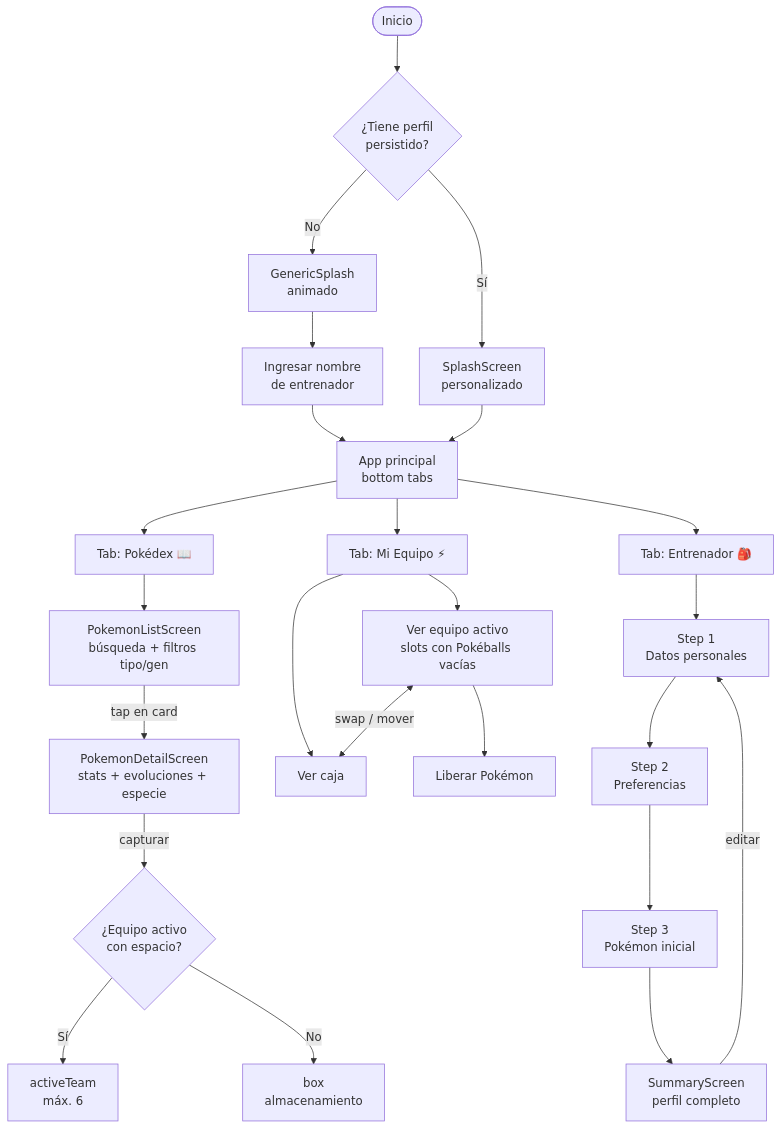
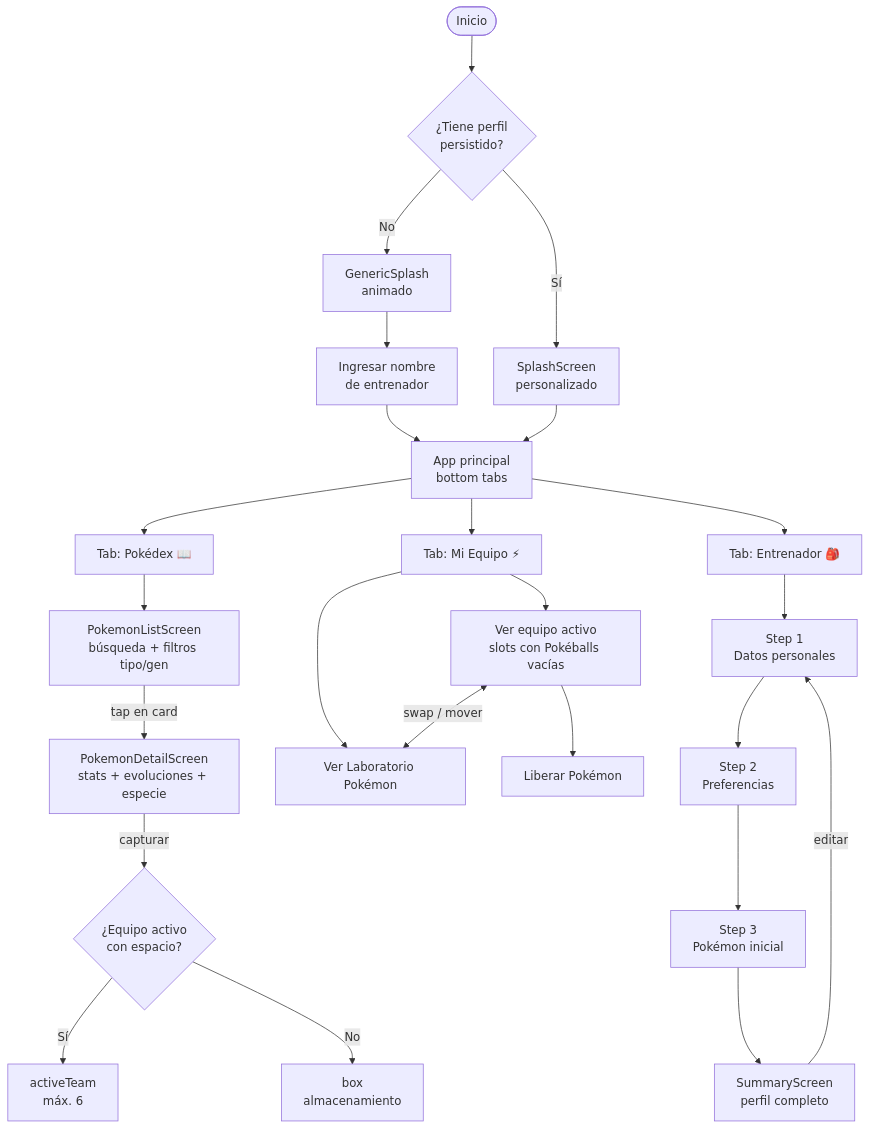
The diagram in README.md (anyirodriguezu/pokedex-app), drawn with Mermaid before and after one commit. The commit also changed other lines of this file and 2 other files, not shown here.

````diff
--- a/README.md
+++ b/README.md
@@ -71,30 +71,30 @@
 ```mermaid
 flowchart TD
     A([Inicio]) --> B{¿Tiene perfil\npersistido?}
     B -- No --> C[GenericSplash\nanimado]
     C --> D[Ingresar nombre\nde entrenador]
     D --> E
     B -- Sí --> F[SplashScreen\npersonalizado]
     F --> E[App principal\nbottom tabs]
 
     E --> G[Tab: Pokédex 📖]
     E --> H[Tab: Mi Equipo ⚡]
     E --> I[Tab: Entrenador 🎒]
 
     G --> G1[PokemonListScreen\nbúsqueda + filtros tipo/gen]
     G1 -->|tap en card| G2[PokemonDetailScreen\nstats + evoluciones + especie]
     G2 -->|capturar| G3{¿Equipo activo\ncon espacio?}
     G3 -- Sí --> G4[activeTeam\nmáx. 6]
     G3 -- No --> G5[box\nalmacenamiento]
 
     H --> H1[Ver equipo activo\nslots con Pokéballs vacías]
-    H --> H2[Ver caja]
+    H --> H2[Ver Laboratorio Pokémon]
     H1 <-->|swap / mover| H2
     H1 --> H3[Liberar Pokémon]
 
     I --> I1[Step 1\nDatos personales]
     I1 --> I2[Step 2\nPreferencias]
     I2 --> I3[Step 3\nPokémon inicial]
     I3 --> I4[SummaryScreen\nperfil completo]
     I4 -->|editar| I1
 ```
````
